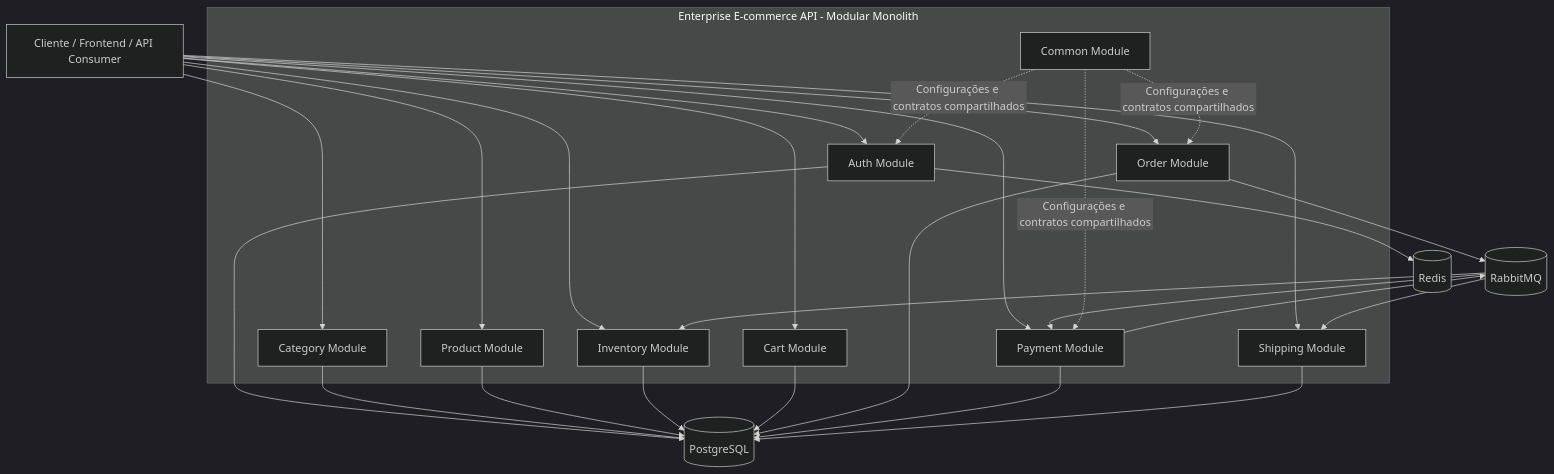
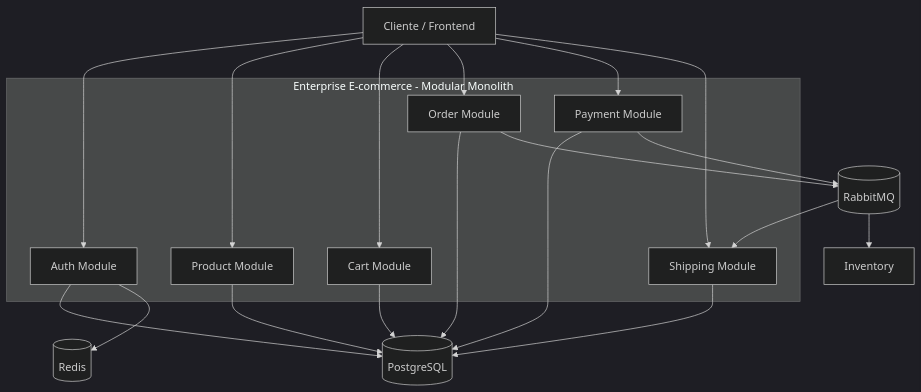
One commit to J040Pablo/enterprise-ecommerce changed the first of 3 diagrams in backend/README.md. Above: the diagram before and after it, drawn with Mermaid (dark theme). The commit also changed other lines of this file and 3 other files, not shown here.

````diff
--- a/backend/README.md
+++ b/backend/README.md
@@ -127,49 +148,37 @@
 ```mermaid
 flowchart TB
-    Client[Cliente / Frontend / API Consumer]
+    Client[Cliente / Frontend]
 
-    subgraph App[Enterprise E-commerce API - Modular Monolith]
+    subgraph API[Enterprise E-commerce - Modular Monolith]
         Auth[Auth Module]
-        Category[Category Module]
         Product[Product Module]
-        Inventory[Inventory Module]
         Cart[Cart Module]
         Order[Order Module]
         Payment[Payment Module]
         Shipping[Shipping Module]
-        Common[Common Module]
     end
 
     PostgreSQL[(PostgreSQL)]
     Redis[(Redis)]
     RabbitMQ[(RabbitMQ)]
 
     Client --> Auth
-    Client --> Category
     Client --> Product
-    Client --> Inventory
     Client --> Cart
     Client --> Order
     Client --> Payment
     Client --> Shipping
 
     Auth --> PostgreSQL
-    Category --> PostgreSQL
     Product --> PostgreSQL
-    Inventory --> PostgreSQL
     Cart --> PostgreSQL
     Order --> PostgreSQL
     Payment --> PostgreSQL
     Shipping --> PostgreSQL
 
     Auth --> Redis
     Order --> RabbitMQ
     Payment --> RabbitMQ
-    RabbitMQ --> Payment
     RabbitMQ --> Shipping
     RabbitMQ --> Inventory
-
-    Common -. Configurações e contratos compartilhados .-> Auth
-    Common -. Configurações e contratos compartilhados .-> Order
-    Common -. Configurações e contratos compartilhados .-> Payment
 ```
````
